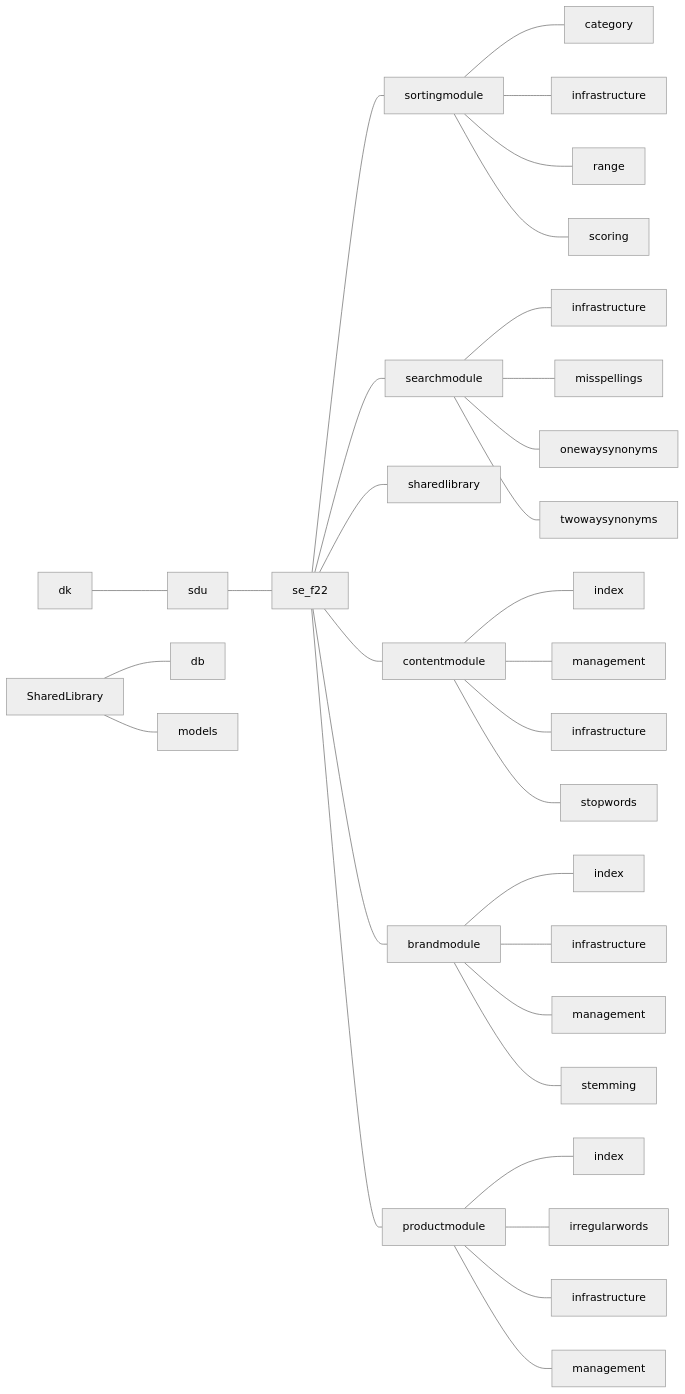
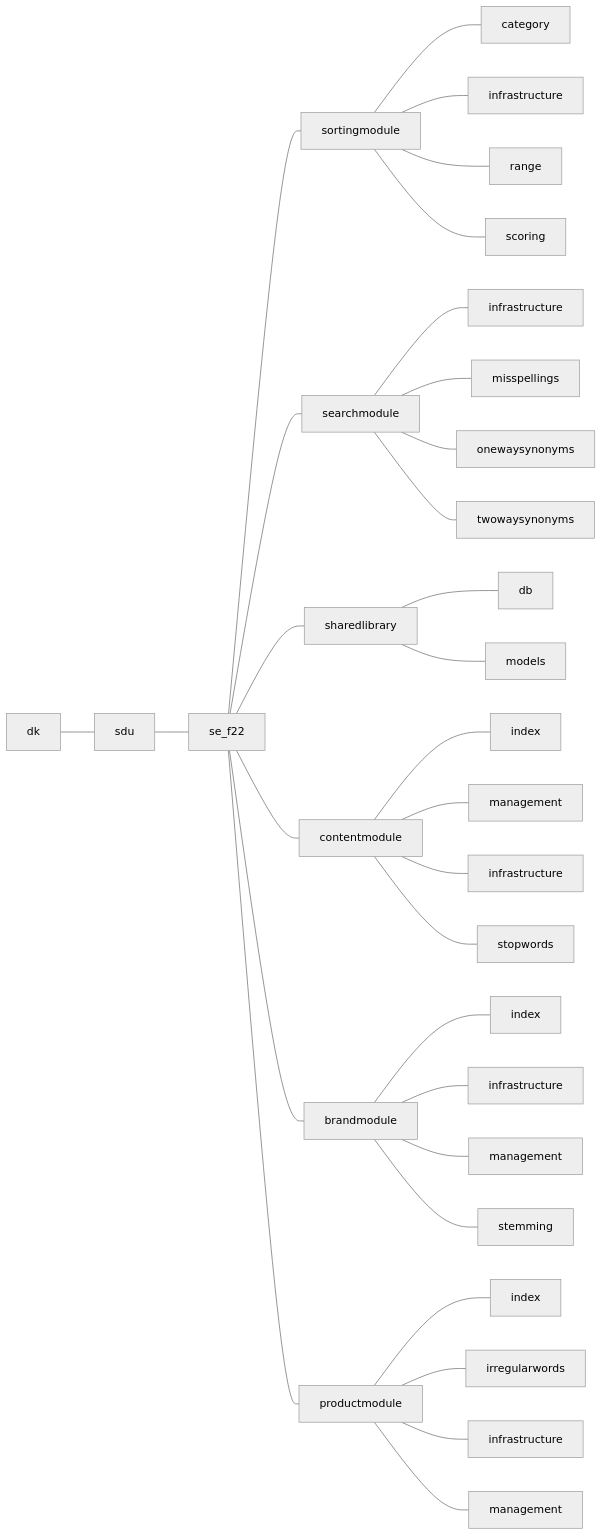
The diagram in README.md (LangeHenrik/SDU-SE-F22), drawn with Mermaid (neutral theme) before and after one commit.

Commit message:
fixed bug in README

````diff
--- a/README.md
+++ b/README.md
@@ -9,38 +9,38 @@
 ```mermaid
 flowchart LR
 dk --- sdu --- javase[se_f22]
 
 javase --- som[sortingmodule]
 som --- som_som[category]
 som --- som_inf[infrastructure]
 som --- range
 som --- scoring
 
 javase --- sem[searchmodule]
 sem --- sem_inf[infrastructure]
 sem --- misspellings
 sem --- onewaysynonyms
 sem --- twowaysynonyms
 
 javase --- sharedlibrary
-SharedLibrary --- db
-SharedLibrary --- models
+sharedlibrary --- db
+sharedlibrary --- models
 
 javase --- cms[contentmodule]
 cms --- cms_ind[index]
 cms --- cms_man[management]
 cms --- cms_inf[infrastructure]
 cms --- stopwords
 
 javase --- bim[brandmodule]
 bim --- bim_ind[index]
 bim --- bim_inf[infrastructure]
 bim --- bim_man[management]
 bim --- stemming
 
 javase --- prm[productmodule]
 prm --- prm_ind[index]
 prm --- irregularwords
 prm --- prm_inf[infrastructure]
 prm --- prm_man[management]
 ```
````
